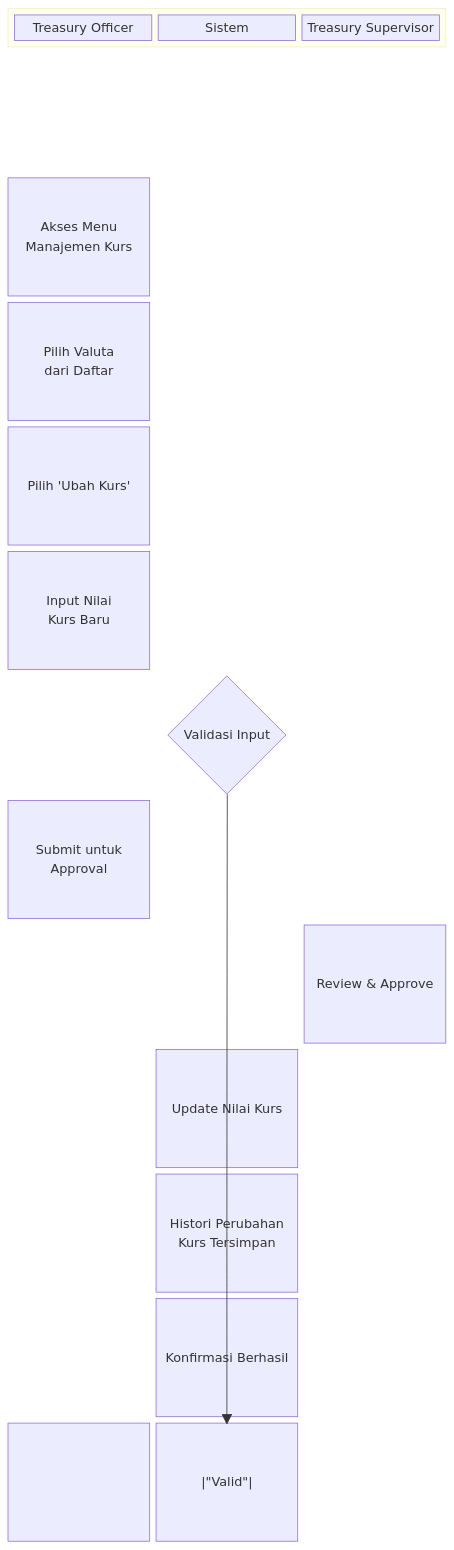
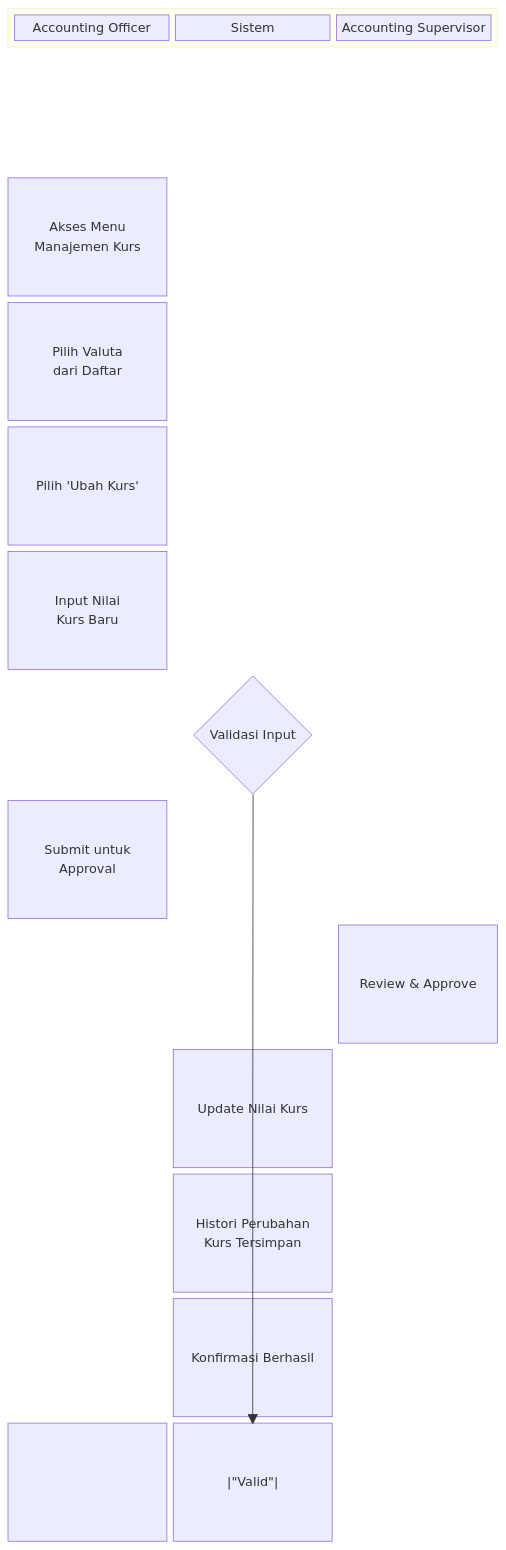
One commit to wisnu/ibank-docs changed the third of 9 diagrams in docs/bcas/saku_valas/fsd_sakuvalas.md. Above: the diagram before and after it, drawn with Mermaid. The commit also changed other lines of this file, not shown here.

````diff
--- a/docs/bcas/saku_valas/fsd_sakuvalas.md
+++ b/docs/bcas/saku_valas/fsd_sakuvalas.md
@@ -289,22 +291,22 @@
 ```mermaid
 block-beta
     columns 3
     space:3
     block:header:3
-        col1["Treasury Officer"] col2["Sistem"] col3["Treasury Supervisor"]
+        col1["Accounting Officer"] col2["Sistem"] col3["Accounting Supervisor"]
     end
     space:3
     A["Akses Menu\nManajemen Kurs"]:1 space:2
     B["Pilih Valuta\ndari Daftar"]:1 space:2
     C["Pilih 'Ubah Kurs'"]:1 space:2
     D["Input Nilai\nKurs Baru"]:1 space:2
     space:1 E{"Validasi Input"}:1 space:1
     F["Submit untuk\nApproval"]:1 space:2
     space:2 G["Review & Approve"]:1
     space:1 H["Update Nilai Kurs"]:1 space:1
     space:1 I["Histori Perubahan\nKurs Tersimpan"]:1 space:1
     space:1 J["Konfirmasi Berhasil"]:1 space:1
 
     A --> B --> C --> D --> E
     E -->|"Valid"| F --> G --> H --> I --> J
 ```
````
